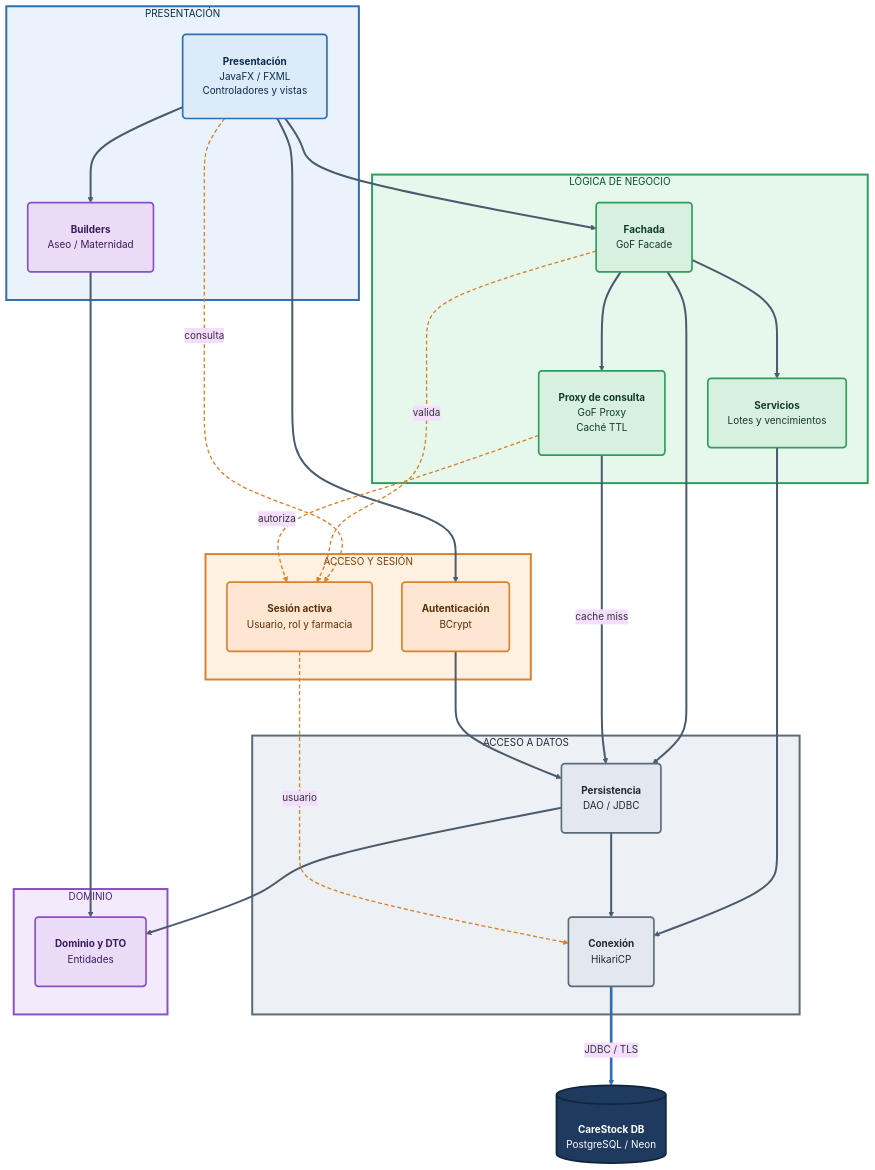
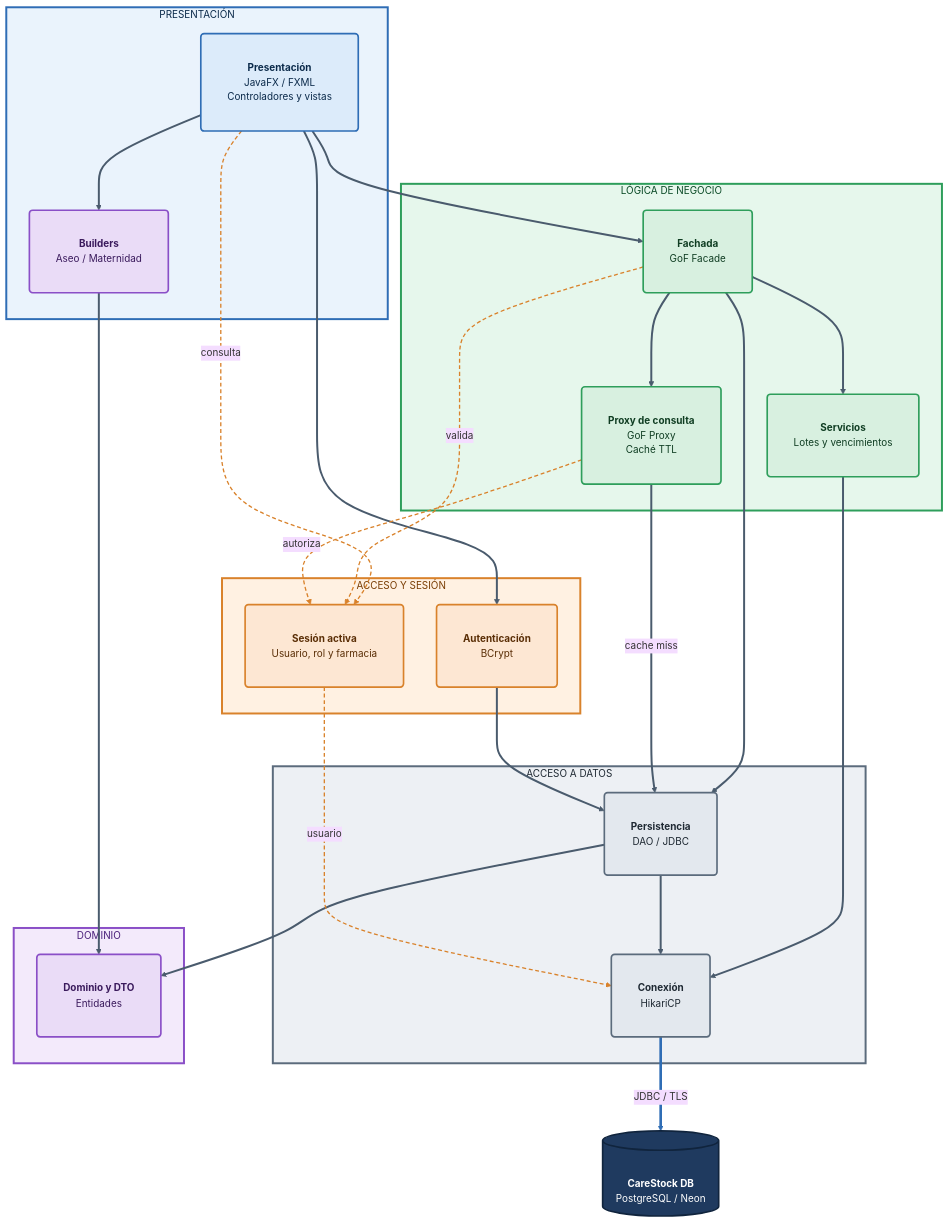
Before and after one commit to puj-course/FIS_2630_1204_G1: the diagram in docs/diagramas/DIAGRAMA_COMPONENTES_C4.md, drawn with Mermaid.

Commit message:
Adjust diagram component spacing and titles

```diff
--- a/docs/diagramas/DIAGRAMA_COMPONENTES_C4.md
+++ b/docs/diagramas/DIAGRAMA_COMPONENTES_C4.md
@@ -24,42 +24,41 @@
   "theme": "base",
   "flowchart": { 
     "curve": "basis", 
-    "nodeSpacing": 45, 
-    "rankSpacing": 85, 
-    "padding": 30, 
+    "nodeSpacing": 50, 
+    "rankSpacing": 80, 
+    "padding": 40, 
     "useMaxWidth": true 
   },
   "themeVariables": {
     "fontFamily": "Segoe UI, Roboto, Helvetica, Arial, sans-serif",
     "fontSize": "15px",
-    "lineColor": "#5B6B7C",
-    "subGraphTitleMargin": { "top": 15, "bottom": 15 }
+    "lineColor": "#5B6B7C"
   }
 }}%%
 flowchart TB
 
-    subgraph presentacion [" PRESENTACIÓN "]
+    subgraph presentacion ["     PRESENTACIÓN     "]
         ui("<b>Presentación</b><br/>JavaFX / FXML<br/>Controladores y vistas")
         builder("<b>Builders</b><br/>Aseo / Maternidad")
     end
 
-    subgraph acceso [" ACCESO Y SESIÓN "]
+    subgraph acceso ["     ACCESO Y SESIÓN     "]
         auth("<b>Autenticación</b><br/>BCrypt")
         sesion("<b>Sesión activa</b><br/>Usuario, rol y farmacia")
     end
 
-    subgraph negocio [" LÓGICA DE NEGOCIO "]
+    subgraph negocio ["     LÓGICA DE NEGOCIO     "]
         fachada("<b>Fachada</b><br/>GoF Facade")
         proxy("<b>Proxy de consulta</b><br/>GoF Proxy<br/>Caché TTL")
         servicios("<b>Servicios</b><br/>Lotes y vencimientos")
     end
 
-    subgraph datos [" ACCESO A DATOS "]
+    subgraph datos ["     ACCESO A DATOS     "]
         dao("<b>Persistencia</b><br/>DAO / JDBC")
         conexion("<b>Conexión</b><br/>HikariCP")
     end
 
-    subgraph dominio [" DOMINIO "]
+    subgraph dominio ["     DOMINIO     "]
         modelo("<b>Dominio y DTO</b><br/>Entidades")
     end
 
```
